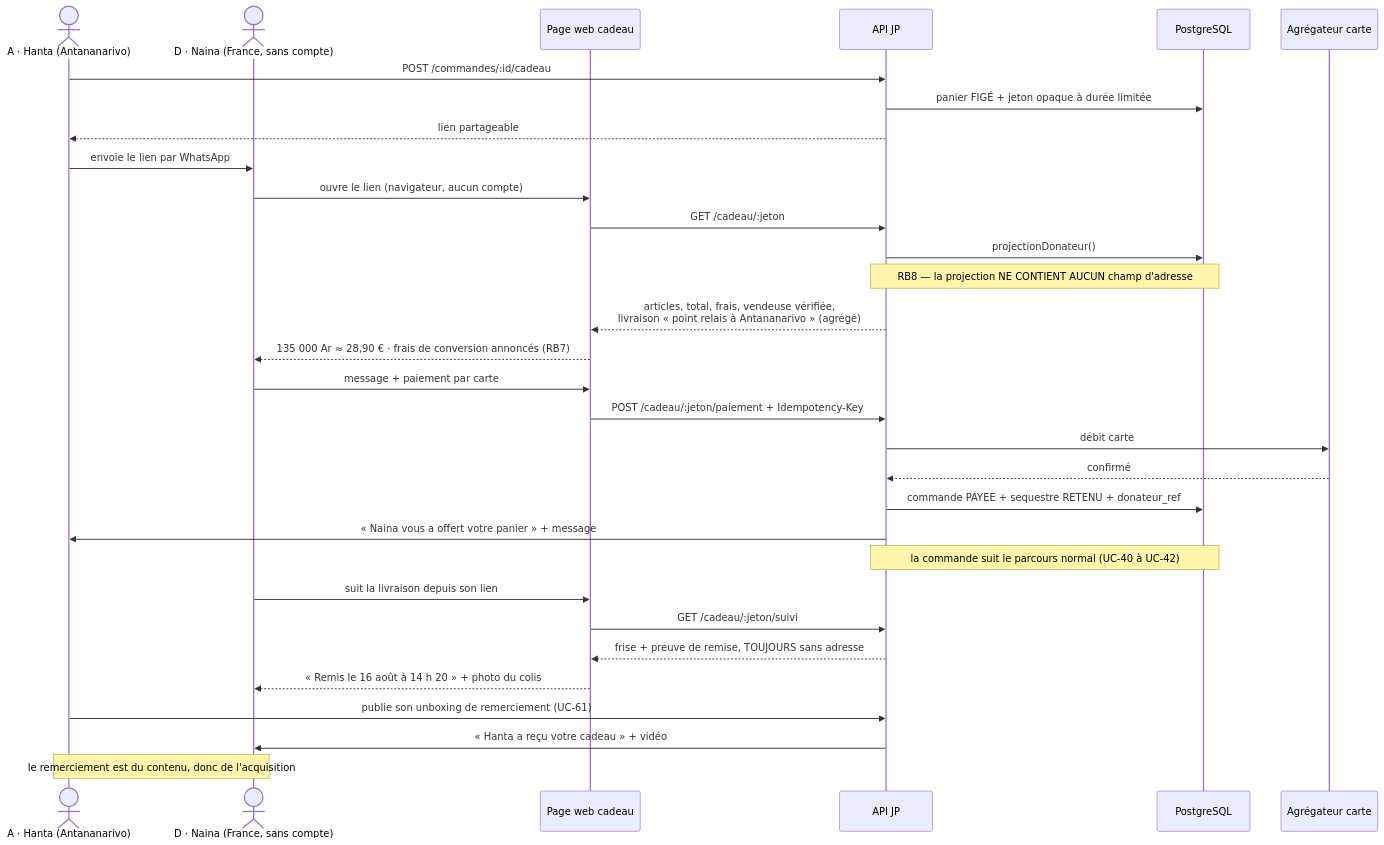
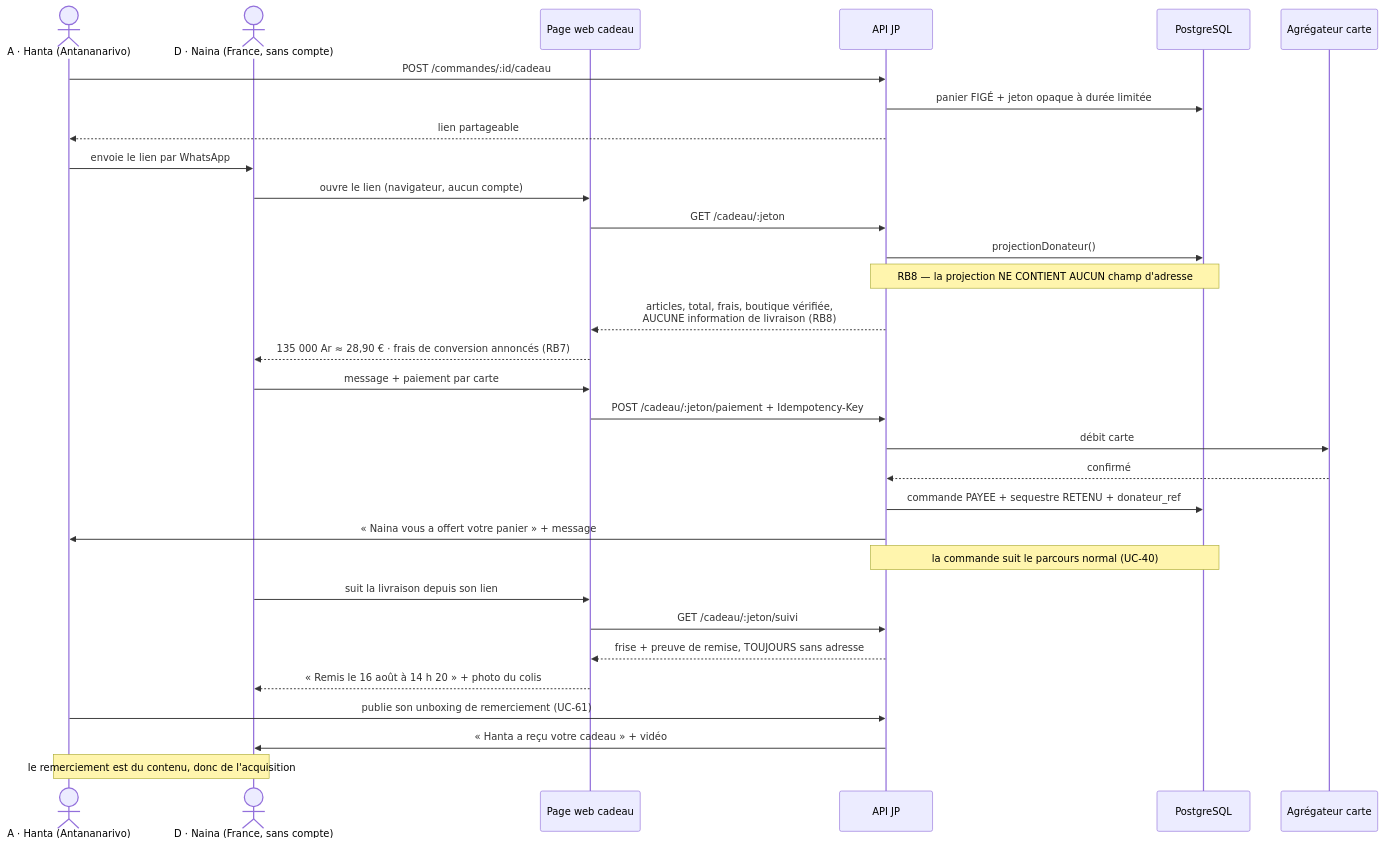
One commit to andokevin/jp changed diagram 25 of 26 in docs/JP_CAS_UTILISATION.md. Above: the diagram before and after it, drawn with Mermaid. The commit also changed other lines of this file and 58 other files, not shown here.

````diff
--- a/docs/JP_CAS_UTILISATION.md
+++ b/docs/JP_CAS_UTILISATION.md
@@ -2082,39 +1856,39 @@
 ```mermaid
 sequenceDiagram
     actor A as A · Hanta (Antananarivo)
     actor D as D · Naina (France, sans compte)
     participant WEB as Page web cadeau
     participant API as API JP
     participant DB as PostgreSQL
     participant PSP as Agrégateur carte
 
     A->>API: POST /commandes/:id/cadeau
     API->>DB: panier FIGÉ + jeton opaque à durée limitée
     API-->>A: lien partageable
     A->>D: envoie le lien par WhatsApp
 
     D->>WEB: ouvre le lien (navigateur, aucun compte)
     WEB->>API: GET /cadeau/:jeton
     API->>DB: projectionDonateur()
     Note over API,DB: RB8 — la projection NE CONTIENT AUCUN champ d'adresse
-    API-->>WEB: articles, total, frais, vendeuse vérifiée,<br/>livraison « point relais à Antananarivo » (agrégé)
+    API-->>WEB: articles, total, frais, boutique vérifiée,<br/>AUCUNE information de livraison (RB8)
     WEB-->>D: 135 000 Ar ≈ 28,90 € · frais de conversion annoncés (RB7)
 
     D->>WEB: message + paiement par carte
     WEB->>API: POST /cadeau/:jeton/paiement + Idempotency-Key
     API->>PSP: débit carte
     PSP-->>API: confirmé
     API->>DB: commande PAYEE + sequestre RETENU + donateur_ref
     API->>A: « Naina vous a offert votre panier » + message
 
-    Note over API,DB: la commande suit le parcours normal (UC-40 à UC-42)
+    Note over API,DB: la commande suit le parcours normal (UC-40)
 
     D->>WEB: suit la livraison depuis son lien
     WEB->>API: GET /cadeau/:jeton/suivi
     API-->>WEB: frise + preuve de remise, TOUJOURS sans adresse
     WEB-->>D: « Remis le 16 août à 14 h 20 » + photo du colis
 
     A->>API: publie son unboxing de remerciement (UC-61)
     API->>D: « Hanta a reçu votre cadeau » + vidéo
     Note over A,D: le remerciement est du contenu, donc de l'acquisition
 ```
````
